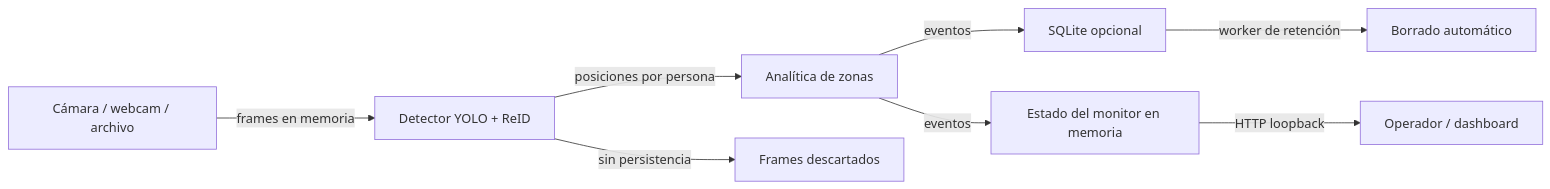
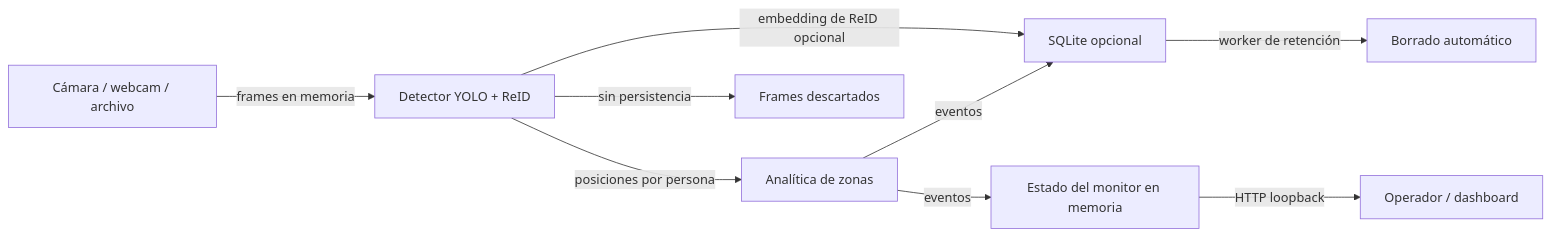
One commit to ECOSUR-TEAM/Vision-Core changed the diagram in docs/privacy-retention.md. Above: the diagram before and after it, drawn with Mermaid. The commit also changed other lines of this file and 5 other files, not shown here.

````diff
--- a/docs/privacy-retention.md
+++ b/docs/privacy-retention.md
@@ -49,10 +58,11 @@
 ```mermaid
 flowchart LR
     A[Cámara / webcam / archivo] -->|frames en memoria| B[Detector YOLO + ReID]
     B -->|posiciones por persona| C[Analítica de zonas]
     C -->|eventos| D[SQLite opcional]
+    B -->|embedding de ReID opcional| D
     C -->|eventos| E[Estado del monitor en memoria]
     E -->|HTTP loopback| F[Operador / dashboard]
     D -->|worker de retención| G[Borrado automático]
     B -->|sin persistencia| H[Frames descartados]
 ```
````
